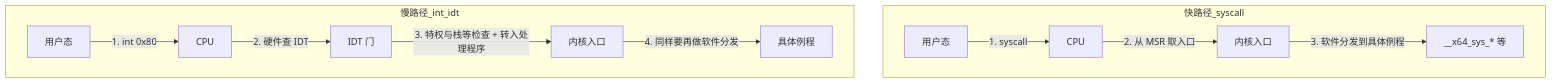
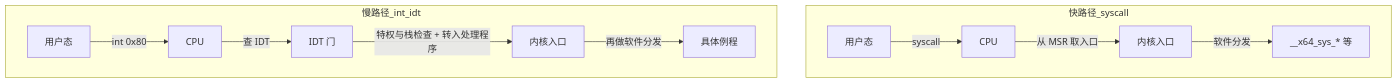
Before and after one commit to liweinan/liweinan.github.io: the fourth of 4 diagrams in _posts/2026-03-30-x86-64-syscall-idt-linux-kernel-sdm.md, drawn with Mermaid. The commit also changed other lines of this file, not shown here.

First line of the commit message:
docs(post): syscall/IDT 长文改用标题层级替代章节编号

````diff
--- a/_posts/2026-03-30-x86-64-syscall-idt-linux-kernel-sdm.md
+++ b/_posts/2026-03-30-x86-64-syscall-idt-linux-kernel-sdm.md
@@ -669,15 +669,15 @@
 ```mermaid
 graph TD
     subgraph 快路径_syscall
-    A1[用户态] -->|1. syscall| B1[CPU]
-    B1 -->|2. 从 MSR 取入口| C1[内核入口]
-    C1 -->|3. 软件分发到具体例程| D1[__x64_sys_* 等]
+    A1[用户态] -->|syscall| B1[CPU]
+    B1 -->|从 MSR 取入口| C1[内核入口]
+    C1 -->|软件分发| D1[__x64_sys_* 等]
     end
 
     subgraph 慢路径_int_idt
-    E1[用户态] -->|1. int 0x80| F1[CPU]
-    F1 -->|2. 硬件查 IDT| G1[IDT 门]
-    G1 -->|3. 特权与栈等检查 + 转入处理程序| H1[内核入口]
-    H1 -->|4. 同样要再做软件分发| I1[具体例程]
+    E1[用户态] -->|int 0x80| F1[CPU]
+    F1 -->|查 IDT| G1[IDT 门]
+    G1 -->|特权与栈检查 + 转入处理程序| H1[内核入口]
+    H1 -->|再做软件分发| I1[具体例程]
     end
 ```
````
